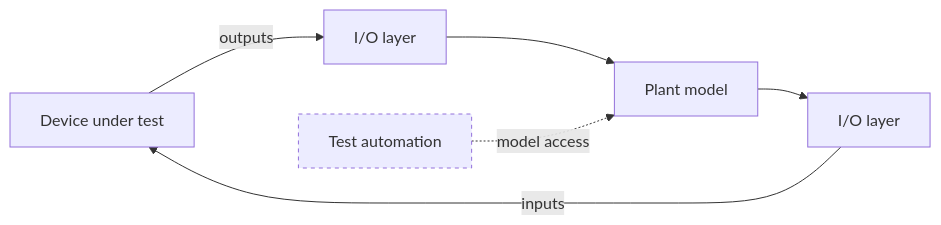
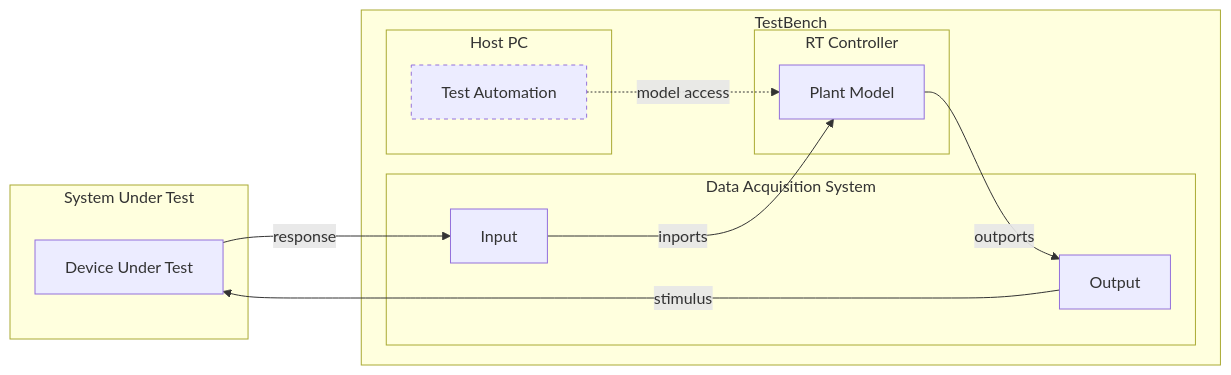
One commit to aliaro-ab/hil-fundamentals changed the diagram in what-a-hil-test-bench-is.md. Above: the diagram before and after it, drawn with Mermaid. The commit also changed other lines of this file, not shown here.

Commit message:
Update what-a-hil-test-bench-is

````diff
--- a/what-a-hil-test-bench-is.md
+++ b/what-a-hil-test-bench-is.md
@@ -24,13 +24,24 @@
 ```mermaid
 flowchart LR
-    DUT["Device under test"]
-    IO_OUT["I/O layer"]
-    PLANT["Plant model"]
-    IO_IN["I/O layer"]
-    TEST["Test automation"]
+    subgraph SUT["System Under Test"]
+        DUT["Device Under Test"]
+    end
 
-    DUT -- outputs --> IO_OUT --> PLANT --> IO_IN -- inputs --> DUT
+    subgraph TB["TestBench"]
+        subgraph RTC["RT Controller"]
+            PLANT["Plant Model"]
+        end
+		subgraph DAQ["Data Acquisition System"]
+        	DAQ_IN["Input"]
+            DAQ_OUT["Output"]
+        end
+        subgraph HOST["Host PC"]
+            TEST["Test Automation"]
+        end
+    end
+    DUT -- response --> DAQ_IN -- inports --> PLANT -- outports --> DAQ_OUT -- stimulus --> DUT
     TEST -. model access .-> PLANT
 
     style TEST stroke-dasharray: 4 4
+    
 ```
````
